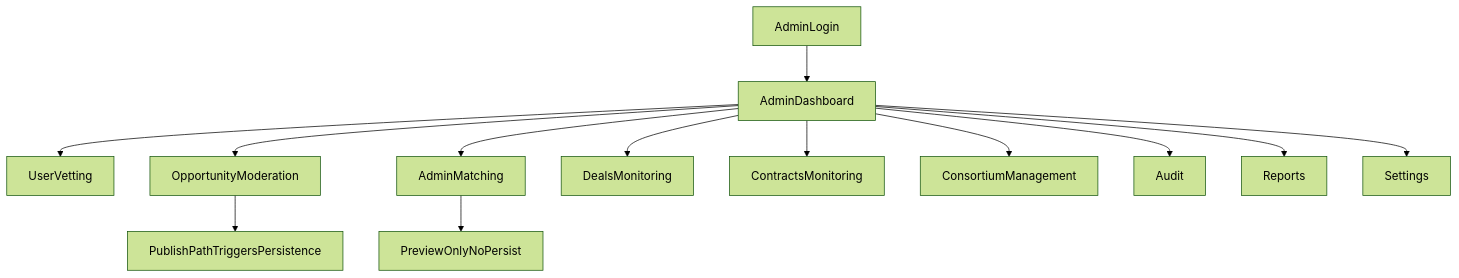
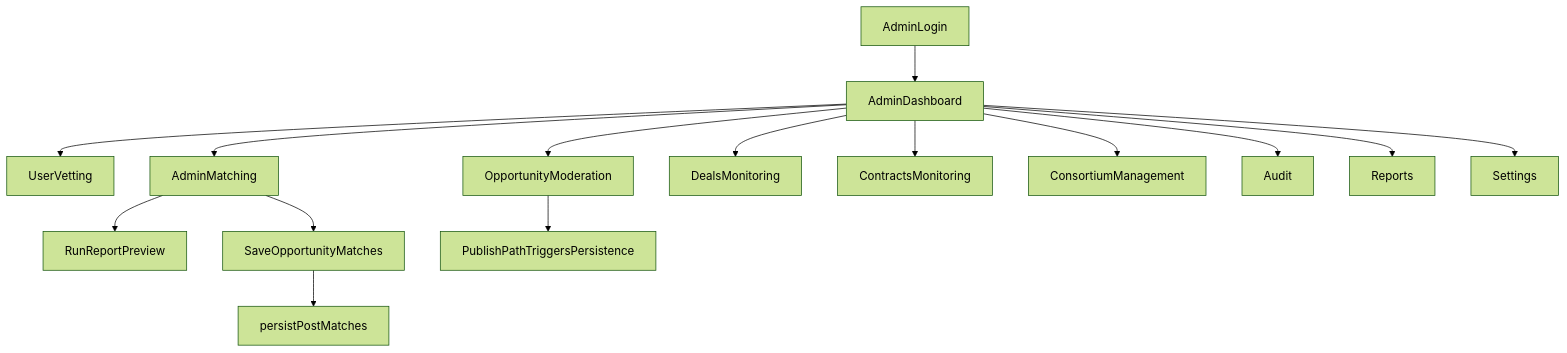
The second of 2 diagrams in docs/admin-user-journey.md (Mabdelmofdy/PMtwin1), drawn with Mermaid (forest theme) before and after one commit. The commit also changed other lines of this file and 12 other files, not shown here.

First line of the commit message:
Update matching flow documentation and enhance admin matching functionality

````diff
--- a/docs/admin-user-journey.md
+++ b/docs/admin-user-journey.md
@@ -404,16 +411,18 @@
 ```mermaid
 flowchart TB
   loginNode[AdminLogin] --> dashboardNode[AdminDashboard]
   dashboardNode --> vettingNode[UserVetting]
   dashboardNode --> oppNode[OpportunityModeration]
   dashboardNode --> matchingNode[AdminMatching]
   dashboardNode --> dealsNode[DealsMonitoring]
   dashboardNode --> contractsNode[ContractsMonitoring]
   dashboardNode --> consNode[ConsortiumManagement]
   dashboardNode --> auditNode[Audit]
   dashboardNode --> reportsNode[Reports]
   dashboardNode --> settingsNode[Settings]
 
-  matchingNode --> previewNode[PreviewOnlyNoPersist]
+  matchingNode --> previewNode[RunReportPreview]
+  matchingNode --> saveNode[SaveOpportunityMatches]
+  saveNode --> persistNode[persistPostMatches]
   oppNode --> publishNode[PublishPathTriggersPersistence]
 ```
````
